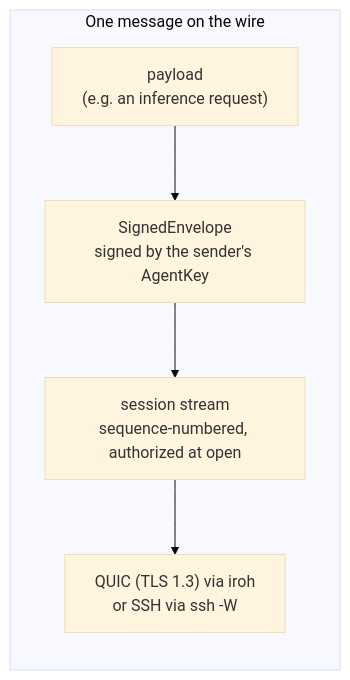
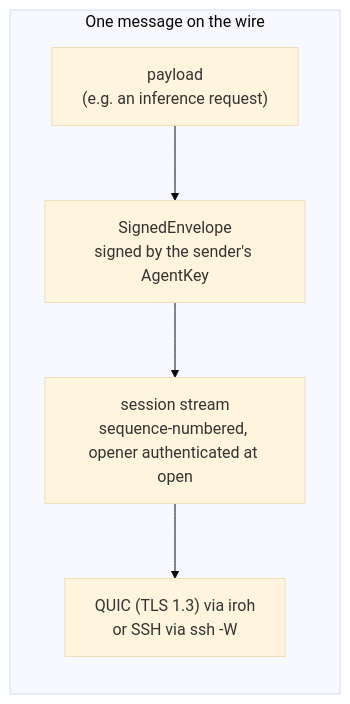
The first of 5 diagrams in docs/research/encrypted_inference.md (Gilamonster-Foundation/agent-mesh), drawn with Mermaid (base theme) before and after one commit. The commit also changed other lines of this file, not shown here.

Commit message:
docs(research): session topic authorization is the handler's job

````diff
--- a/docs/research/encrypted_inference.md
+++ b/docs/research/encrypted_inference.md
@@ -24,11 +24,11 @@
 ```mermaid
 flowchart TB
     subgraph msg["One message on the wire"]
         direction TB
         P["payload<br/>(e.g. an inference request)"]
         E["SignedEnvelope<br/>signed by the sender's AgentKey"]
-        S["session stream<br/>sequence-numbered, authorized at open"]
+        S["session stream<br/>sequence-numbered, opener authenticated at open"]
         T["QUIC (TLS 1.3) via iroh<br/>or SSH via ssh -W"]
         P --> E --> S --> T
     end
 ```
````
